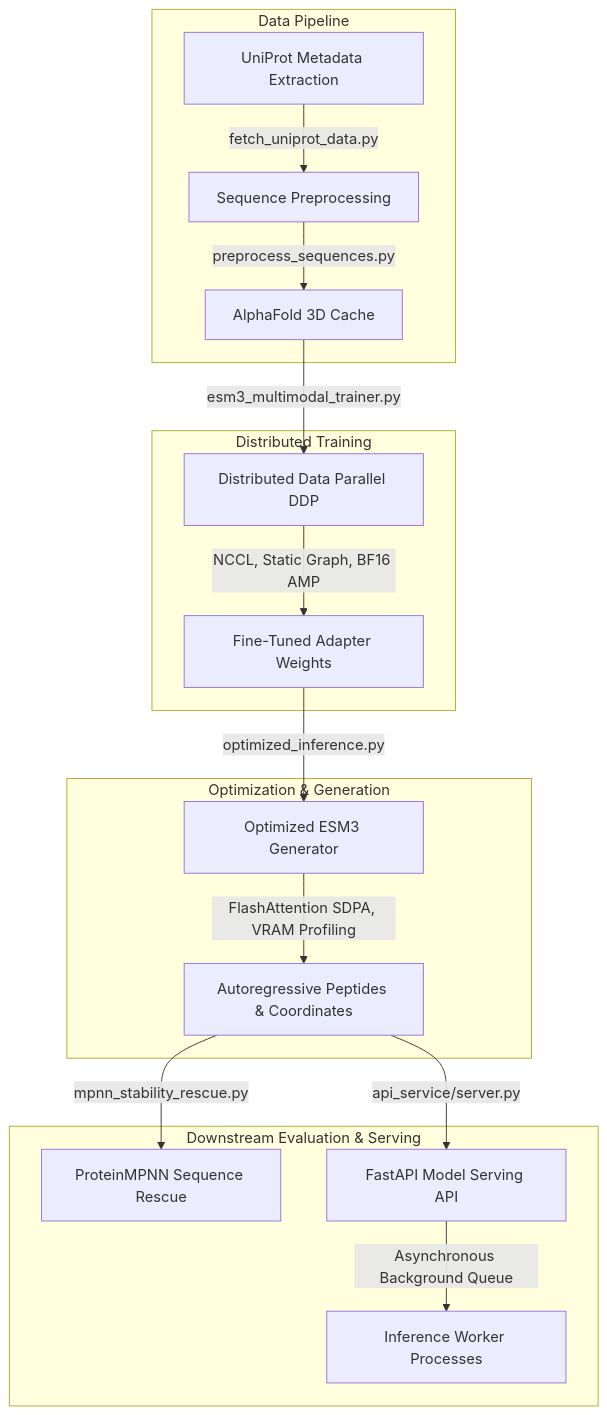
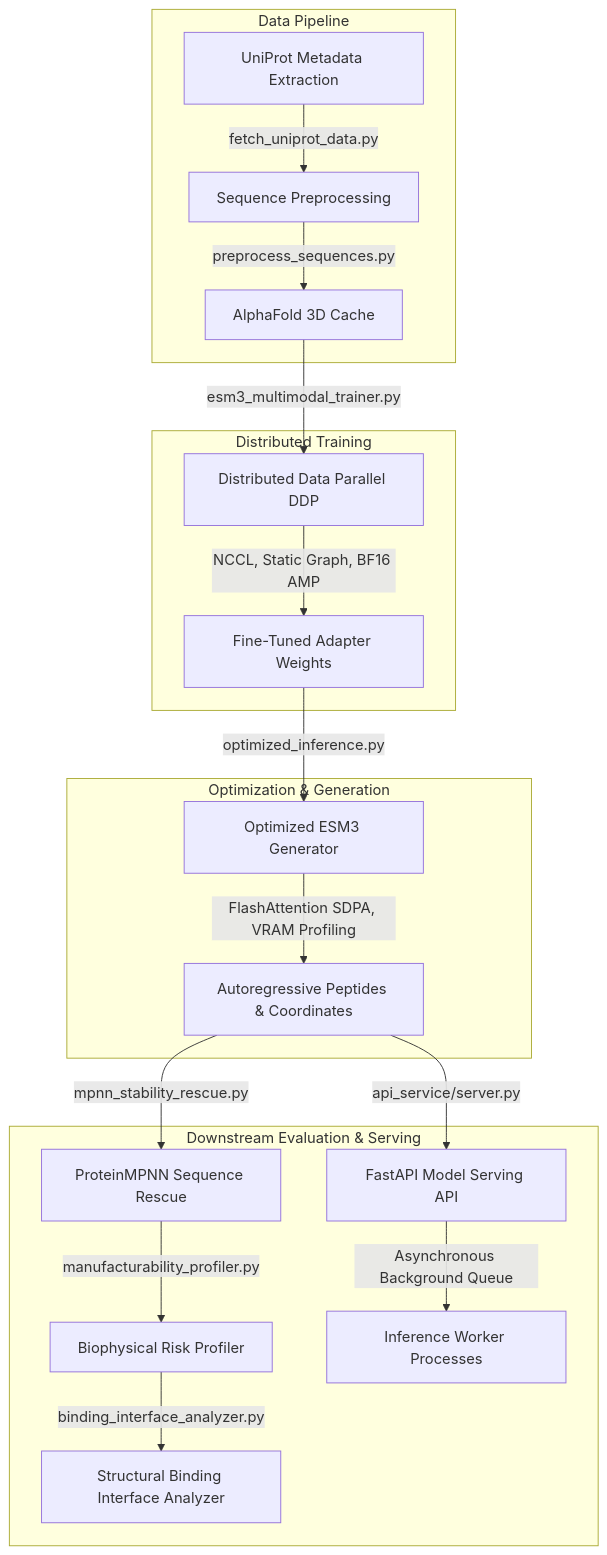
The diagram in README.md (QntmSeer/Somasays), drawn with Mermaid before and after one commit. The commit also changed other lines of this file and 28 other files, not shown here.

````diff
--- a/README.md
+++ b/README.md
@@ -15,23 +15,25 @@
 ```mermaid
 graph TD
     subgraph Data Pipeline
         A[UniProt Metadata Extraction] -->|fetch_uniprot_data.py| B[Sequence Preprocessing]
         B -->|preprocess_sequences.py| C[AlphaFold 3D Cache]
     end
     
     subgraph Distributed Training
         C -->|esm3_multimodal_trainer.py| D[Distributed Data Parallel DDP]
         D -->|NCCL, Static Graph, BF16 AMP| E[Fine-Tuned Adapter Weights]
     end
     
     subgraph Optimization & Generation
         E -->|optimized_inference.py| F[Optimized ESM3 Generator]
         F -->|FlashAttention SDPA, VRAM Profiling| G[Autoregressive Peptides & Coordinates]
     end
     
     subgraph Downstream Evaluation & Serving
         G -->|mpnn_stability_rescue.py| H[ProteinMPNN Sequence Rescue]
+        H -->|manufacturability_profiler.py| I[Biophysical Risk Profiler]
+        I -->|binding_interface_analyzer.py| L[Structural Binding Interface Analyzer]
         G -->|api_service/server.py| J[FastAPI Model Serving API]
         J -->|Asynchronous Background Queue| K[Inference Worker Processes]
     end
 ```
````
